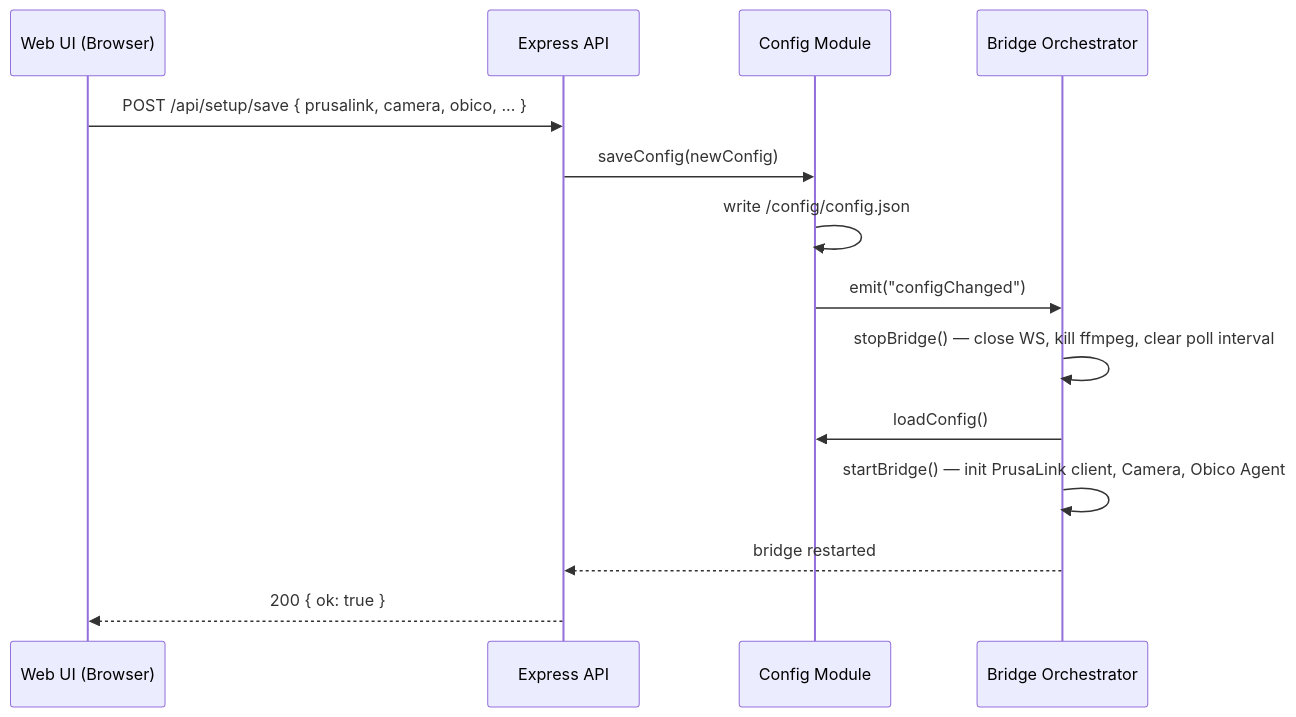
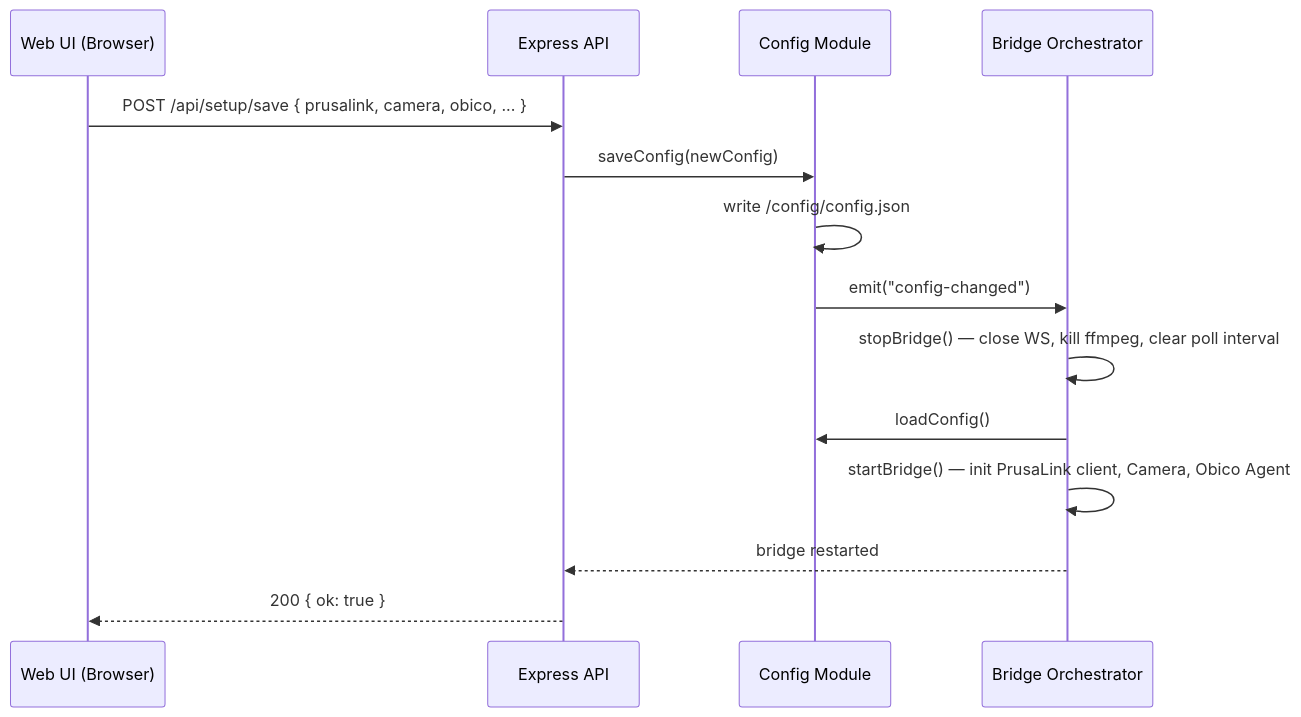
Before and after one commit to reneleban/sentry-bridge: the fifth of 9 diagrams in docs/architecture/06_runtime_view/README.md, drawn with Mermaid. The commit also changed other lines of this file and 17 other files, not shown here.

````diff
--- a/docs/architecture/06_runtime_view/README.md
+++ b/docs/architecture/06_runtime_view/README.md
@@ -120,17 +122,17 @@
 ```mermaid
 sequenceDiagram
     participant UI as Web UI (Browser)
     participant API as Express API
     participant Config as Config Module
     participant Bridge as Bridge Orchestrator
 
     UI->>API: POST /api/setup/save { prusalink, camera, obico, ... }
     API->>Config: saveConfig(newConfig)
     Config->>Config: write /config/config.json
-    Config->>Bridge: emit("configChanged")
+    Config->>Bridge: emit("config-changed")
     Bridge->>Bridge: stopBridge() — close WS, kill ffmpeg, clear poll interval
     Bridge->>Config: loadConfig()
     Bridge->>Bridge: startBridge() — init PrusaLink client, Camera, Obico Agent
     Bridge-->>API: bridge restarted
     API-->>UI: 200 { ok: true }
 ```
````
